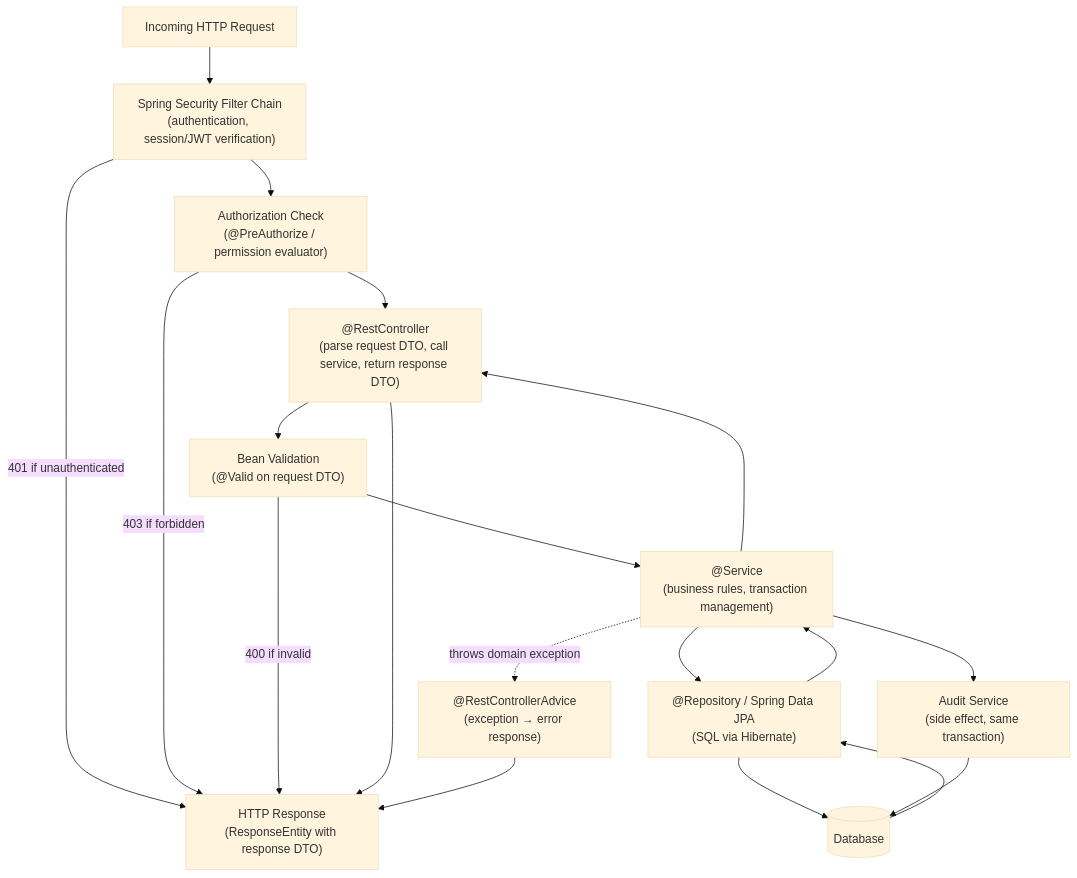
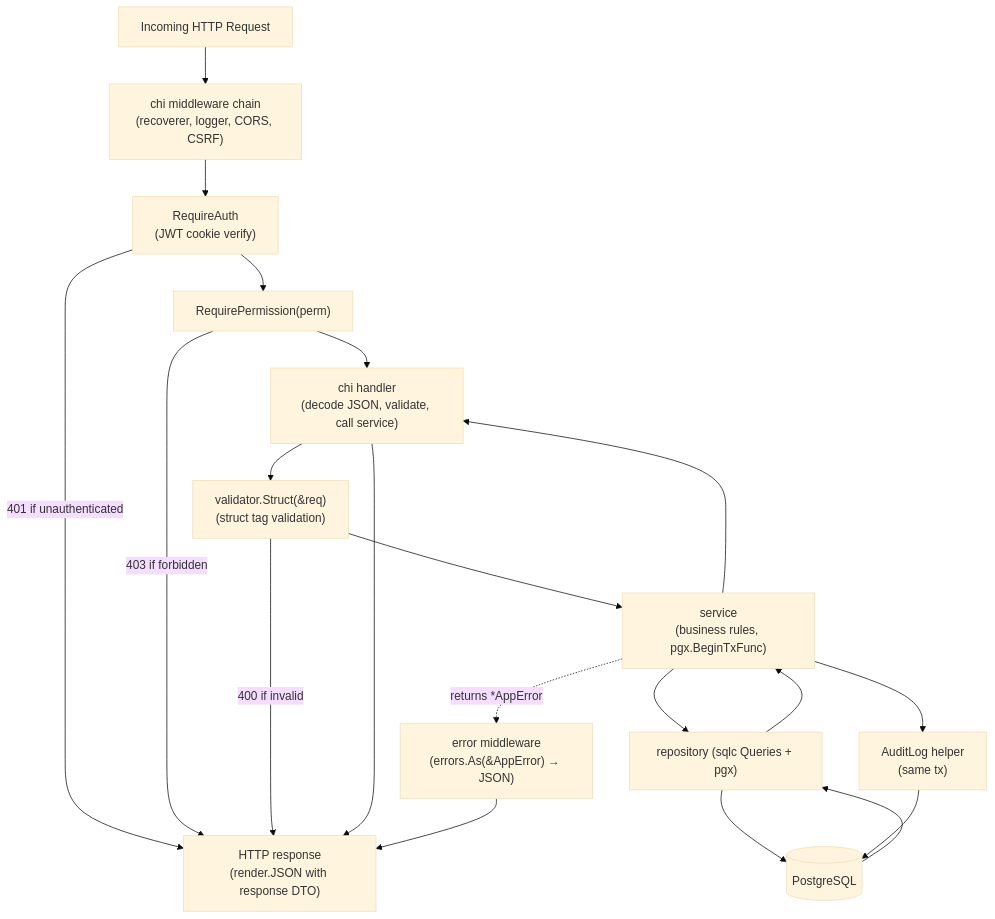
One commit to sidpd51/gym-app changed the third of 5 diagrams in backend/docs/02-system-architecture.md. Above: the diagram before and after it, drawn with Mermaid (base theme). The commit also changed other lines of this file and 5 other files, not shown here.

Commit message:
Migrate backend architecture documentation from Java/Spring Boot to Go

````diff
--- a/backend/docs/02-system-architecture.md
+++ b/backend/docs/02-system-architecture.md
@@ -124,33 +132,35 @@
 ```mermaid
 flowchart TD
     Req["Incoming HTTP Request"]
-    F1["Spring Security Filter Chain\n(authentication, session/JWT verification)"]
-    F2["Authorization Check\n(@PreAuthorize / permission evaluator)"]
-    C["@RestController\n(parse request DTO, call service, return response DTO)"]
-    V["Bean Validation\n(@Valid on request DTO)"]
-    S["@Service\n(business rules, transaction management)"]
-    R["@Repository / Spring Data JPA\n(SQL via Hibernate)"]
-    DB[("Database")]
-    A["Audit Service\n(side effect, same transaction)"]
-    Resp["HTTP Response\n(ResponseEntity with response DTO)"]
-    EH["@RestControllerAdvice\n(exception → error response)"]
+    F1["chi middleware chain\n(recoverer, logger, CORS, CSRF)"]
+    F2["RequireAuth\n(JWT cookie verify)"]
+    F3["RequirePermission(perm)"]
+    H["chi handler\n(decode JSON, validate, call service)"]
+    V["validator.Struct(&req)\n(struct tag validation)"]
+    S["service\n(business rules, pgx.BeginTxFunc)"]
+    R["repository (sqlc Queries + pgx)"]
+    DB[("PostgreSQL")]
+    A["AuditLog helper\n(same tx)"]
+    Resp["HTTP response\n(render.JSON with response DTO)"]
+    EH["error middleware\n(errors.As(&AppError) → JSON)"]
 
     Req --> F1
-    F1 -->|"401 if unauthenticated"| Resp
     F1 --> F2
-    F2 -->|"403 if forbidden"| Resp
-    F2 --> C
-    C --> V
+    F2 -->|"401 if unauthenticated"| Resp
+    F2 --> F3
+    F3 -->|"403 if forbidden"| Resp
+    F3 --> H
+    H --> V
     V -->|"400 if invalid"| Resp
     V --> S
     S --> R
     R --> DB
     DB --> R
     R --> S
     S --> A
     A --> DB
-    S --> C
-    C --> Resp
-    S -.->|"throws domain exception"| EH
+    S --> H
+    H --> Resp
+    S -.->|"returns *AppError"| EH
     EH --> Resp
 ```
````
